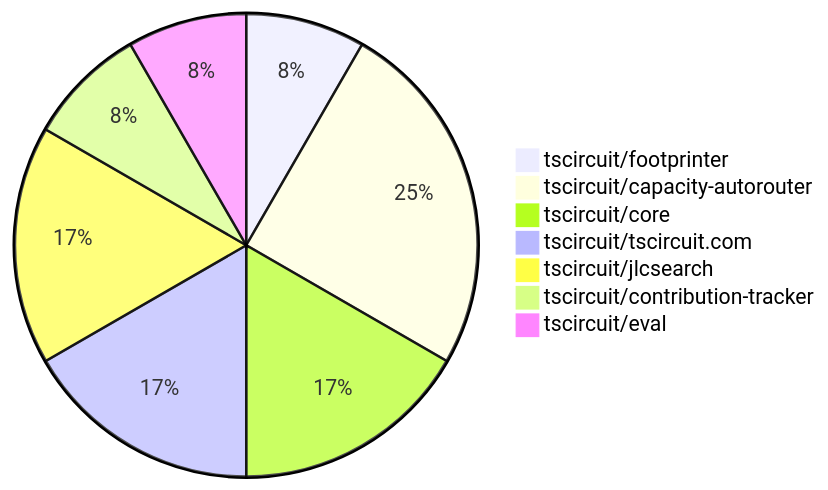
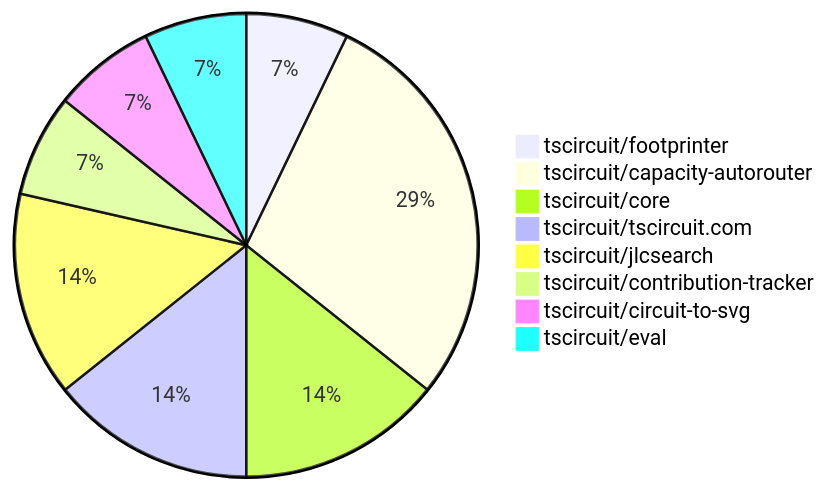
One commit to tscircuit/contribution-tracker changed the diagram in README.md. Above: the diagram before and after it, drawn with Mermaid. The commit also changed other lines of this file and 2 other files, not shown here.

````diff
--- a/README.md
+++ b/README.md
@@ -24,10 +24,11 @@
 ```mermaid
 pie
     "tscircuit/footprinter" : 1
-    "tscircuit/capacity-autorouter" : 3
+    "tscircuit/capacity-autorouter" : 4
     "tscircuit/core" : 2
     "tscircuit/tscircuit.com" : 2
     "tscircuit/jlcsearch" : 2
     "tscircuit/contribution-tracker" : 1
+    "tscircuit/circuit-to-svg" : 1
     "tscircuit/eval" : 1
 ```
````
